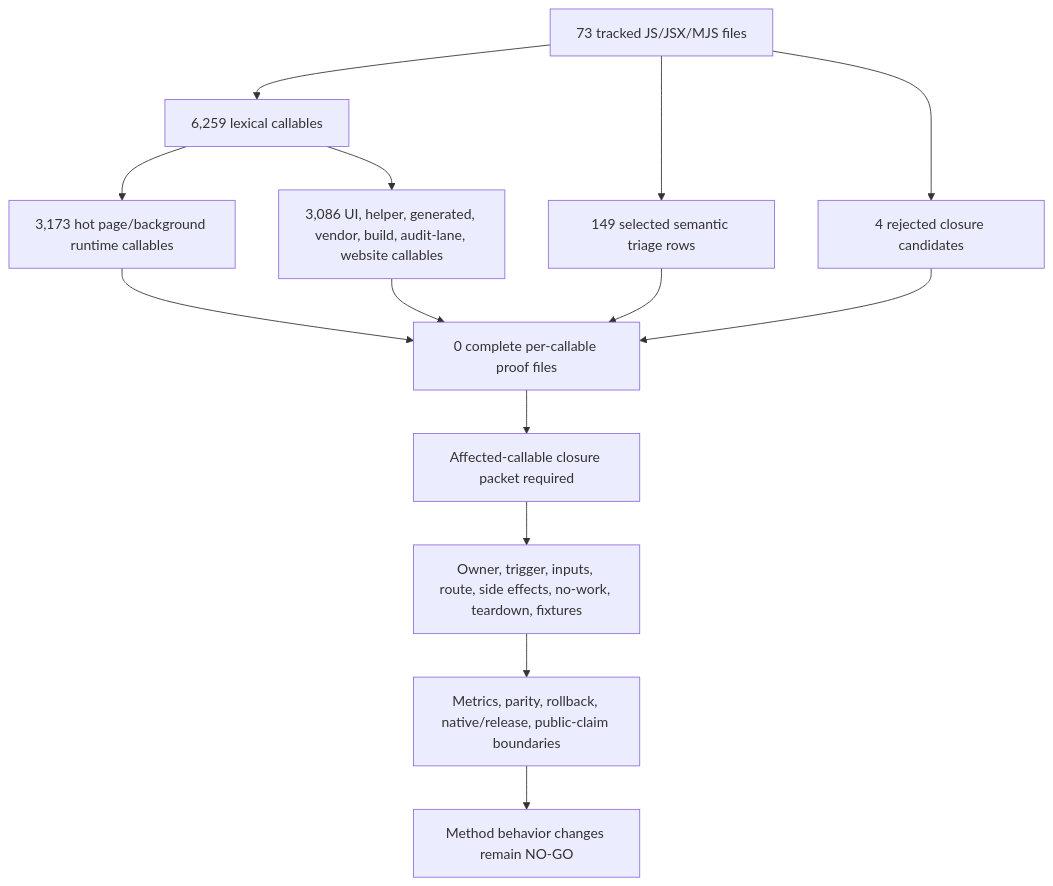
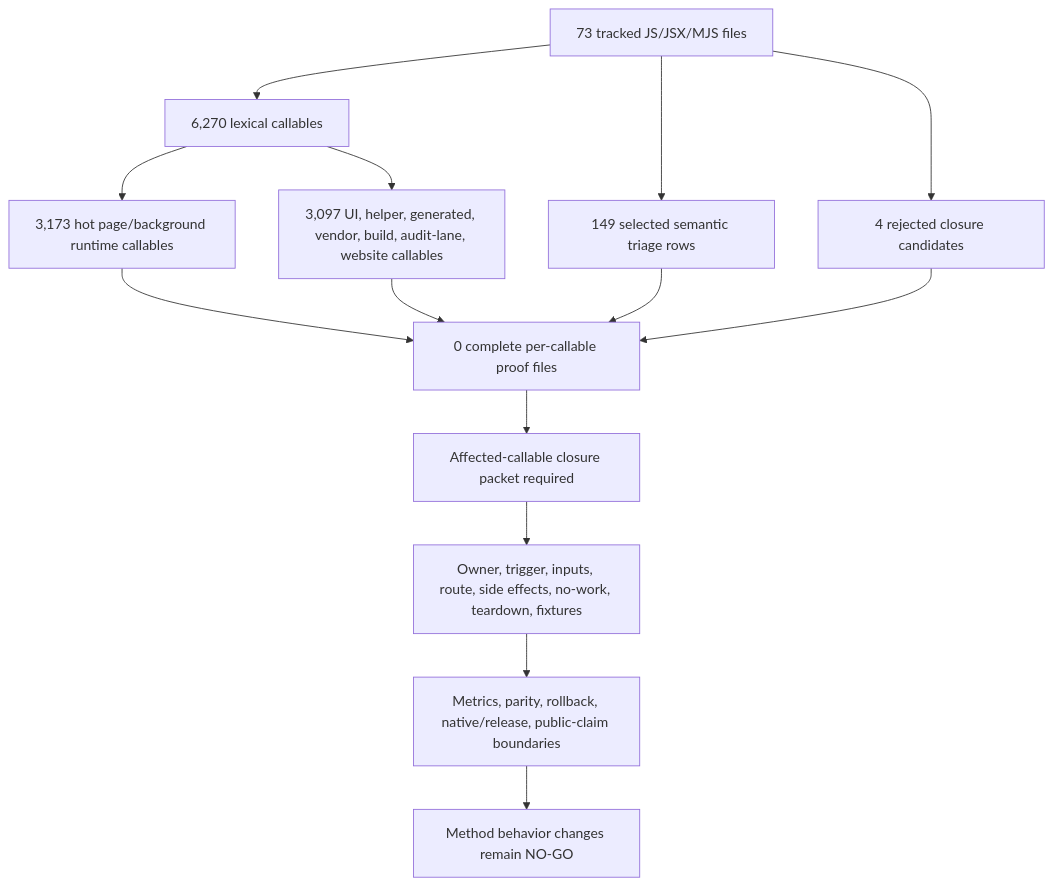
Before and after one commit to varshneydevansh/FilterTube: the first of 2 diagrams in docs/audit/FILTERTUBE_METHOD_SEMANTIC_PROOF_GAP_INDEX_CURRENT_BEHAVIOR_2026-05-25.md, drawn with Mermaid. The commit also changed other lines of this file and 31 other files, not shown here.

````diff
--- a/docs/audit/FILTERTUBE_METHOD_SEMANTIC_PROOF_GAP_INDEX_CURRENT_BEHAVIOR_2026-05-25.md
+++ b/docs/audit/FILTERTUBE_METHOD_SEMANTIC_PROOF_GAP_INDEX_CURRENT_BEHAVIOR_2026-05-25.md
@@ -147,16 +147,16 @@
 ```mermaid
 flowchart TD
-  A["73 tracked JS/JSX/MJS files"] --> B["6,259 lexical callables"]
+  A["73 tracked JS/JSX/MJS files"] --> B["6,270 lexical callables"]
   B --> C["3,173 hot page/background runtime callables"]
-  B --> D["3,086 UI, helper, generated, vendor, build, audit-lane, website callables"]
+  B --> D["3,097 UI, helper, generated, vendor, build, audit-lane, website callables"]
   A --> E["149 selected semantic triage rows"]
   A --> F["4 rejected closure candidates"]
   C --> G["0 complete per-callable proof files"]
   D --> G
   E --> G
   F --> G
   G --> H["Affected-callable closure packet required"]
   H --> I["Owner, trigger, inputs, route, side effects, no-work, teardown, fixtures"]
   I --> J["Metrics, parity, rollback, native/release, public-claim boundaries"]
   J --> K["Method behavior changes remain NO-GO"]
 ```
````
